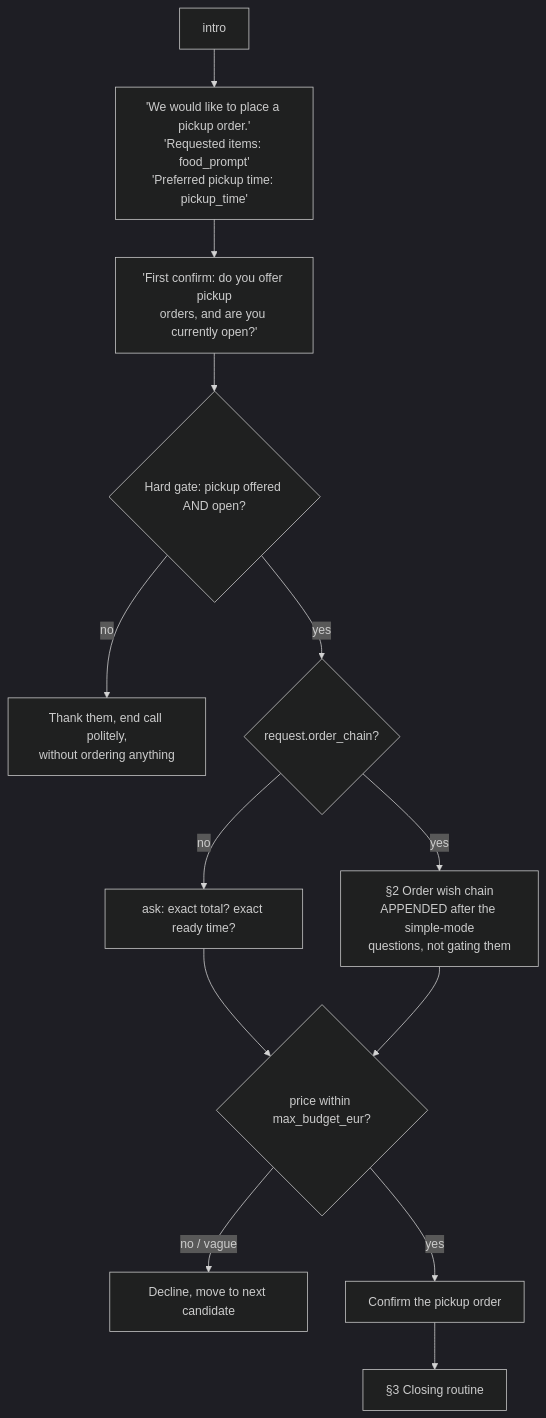
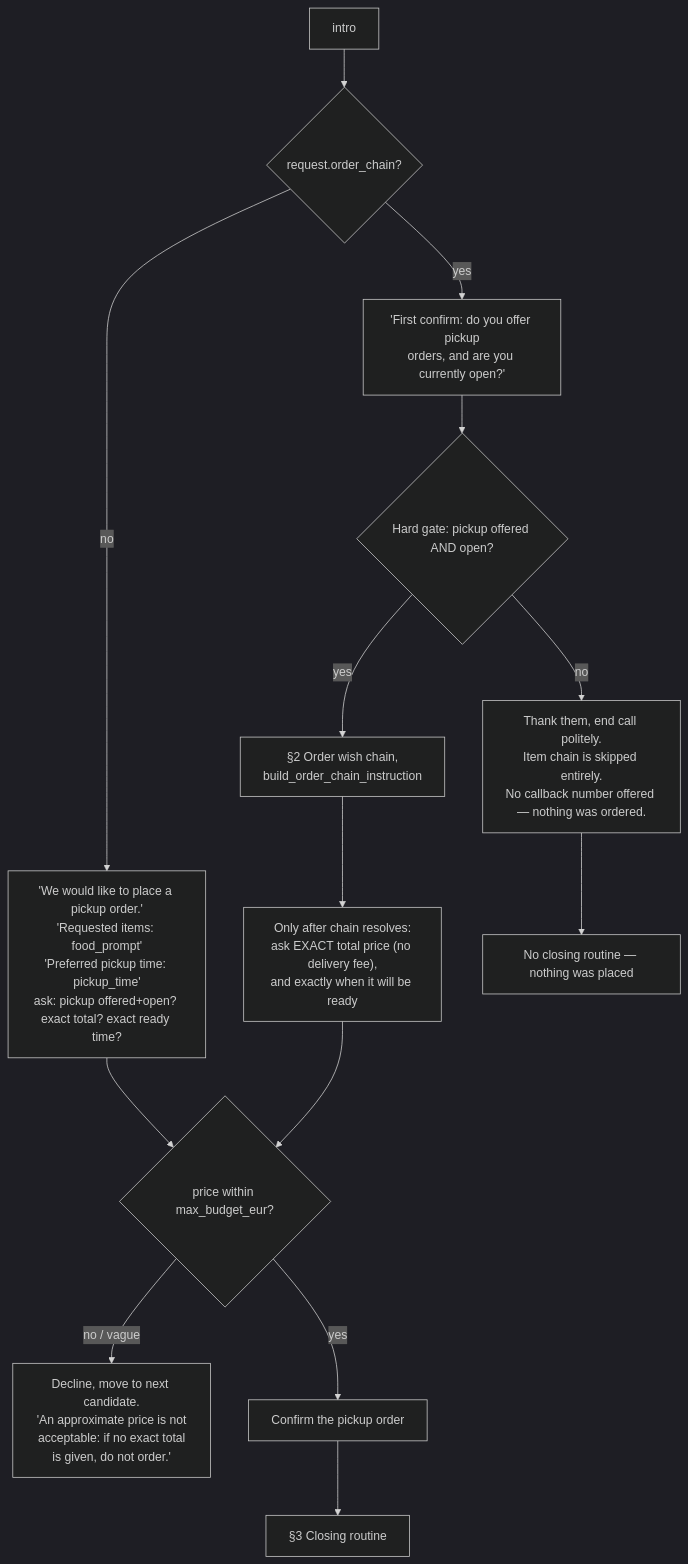
The third of 6 diagrams in CONVERSATION-TREE.md (ellmos-ai/hungrycall), drawn with Mermaid (dark theme) before and after one commit. The commit also changed other lines of this file and 4 other files, not shown here.

````diff
--- a/CONVERSATION-TREE.md
+++ b/CONVERSATION-TREE.md
@@ -98,15 +98,16 @@
 ```mermaid
 flowchart TD
-    A[intro] --> B["'We would like to place a pickup order.'<br/>'Requested items: food_prompt'<br/>'Preferred pickup time: pickup_time'"]
-    B --> C["'First confirm: do you offer pickup<br/>orders, and are you currently open?'"]
-    C --> D{Hard gate: pickup offered AND open?}
-    D -- no --> E[Thank them, end call politely,<br/>without ordering anything]
-    D -- yes --> F{request.order_chain?}
-    F -- no --> G[ask: exact total? exact ready time?]
-    F -- yes --> H[§2 Order wish chain<br/>APPENDED after the simple-mode<br/>questions, not gating them]
-    G --> I{price within max_budget_eur?}
+    A[intro] --> B{request.order_chain?}
+    B -- no --> C["'We would like to place a pickup order.'<br/>'Requested items: food_prompt'<br/>'Preferred pickup time: pickup_time'<br/>ask: pickup offered+open? exact total? exact ready time?"]
+    B -- yes --> D["'First confirm: do you offer pickup<br/>orders, and are you currently open?'"]
+    D --> E{Hard gate: pickup offered AND open?}
+    E -- no --> F["Thank them, end call politely.<br/>Item chain is skipped entirely.<br/>No callback number offered — nothing was ordered."]
+    E -- yes --> G[§2 Order wish chain,<br/>build_order_chain_instruction]
+    G --> H["Only after chain resolves:<br/>ask EXACT total price (no delivery fee),<br/>and exactly when it will be ready"]
+    C --> I{price within max_budget_eur?}
     H --> I
-    I -- no / vague --> J[Decline, move to next candidate]
+    I -- no / vague --> J[Decline, move to next candidate.<br/>'An approximate price is not<br/>acceptable: if no exact total<br/>is given, do not order.']
     I -- yes --> K[Confirm the pickup order]
     K --> L[§3 Closing routine]
+    F --> M[No closing routine — nothing was placed]
 ```
````
